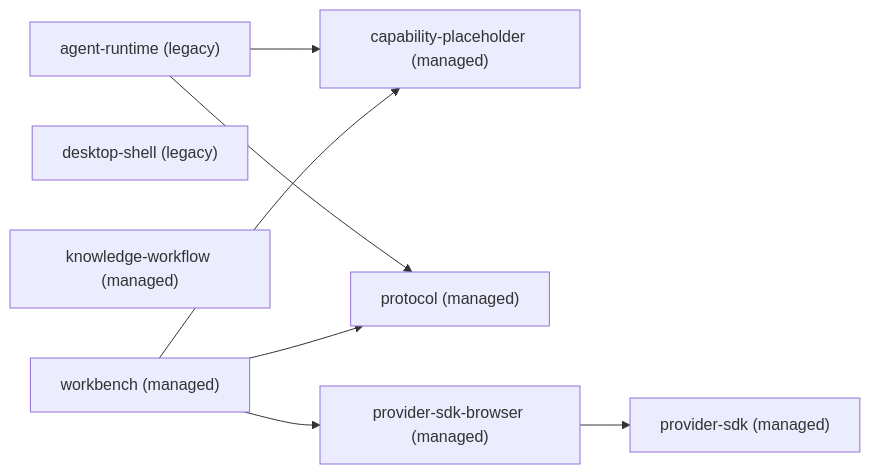
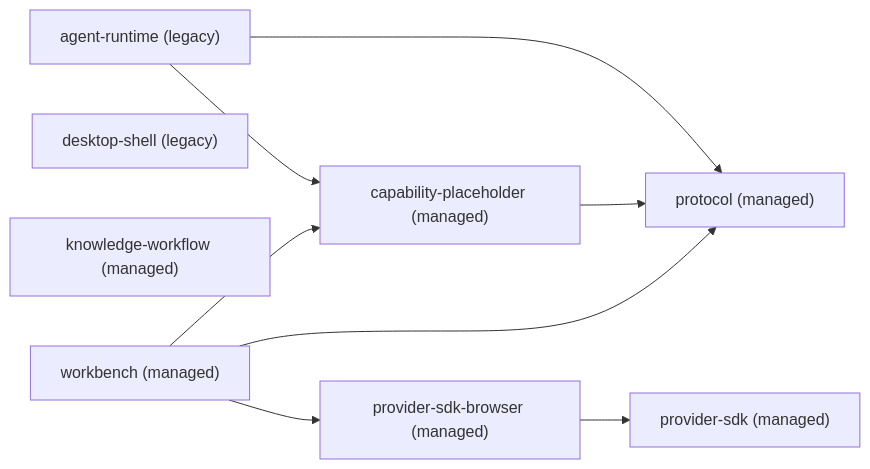
The diagram in dependency-graph.mmd (bear20252026/b07-build), drawn with Mermaid before and after one commit. The commit also changed 11 other files, not shown here.

First line of the commit message:
feat(capability-placeholder): 浏览器能力 MCP 工具面契约 + fail-closed 处理器（B4）

```diff
--- a/dependency-graph.mmd
+++ b/dependency-graph.mmd
@@ -1,17 +1,18 @@
 %% 架构模块依赖图：由 `npm run architecture:graph` 生成，请勿手工编辑。
 %% managed = 受 architecture-policy.yaml 强校验；legacy = 存量模块，仅记录。
 graph LR
   m_agent_runtime["agent-runtime (legacy)"]
   m_capability_placeholder["capability-placeholder (managed)"]
   m_desktop_shell["desktop-shell (legacy)"]
   m_knowledge_workflow["knowledge-workflow (managed)"]
   m_protocol["protocol (managed)"]
   m_provider_sdk["provider-sdk (managed)"]
   m_provider_sdk_browser["provider-sdk-browser (managed)"]
   m_workbench["workbench (managed)"]
   m_agent_runtime --> m_capability_placeholder
   m_agent_runtime --> m_protocol
+  m_capability_placeholder --> m_protocol
   m_provider_sdk_browser --> m_provider_sdk
   m_workbench --> m_capability_placeholder
   m_workbench --> m_protocol
   m_workbench --> m_provider_sdk_browser
```
